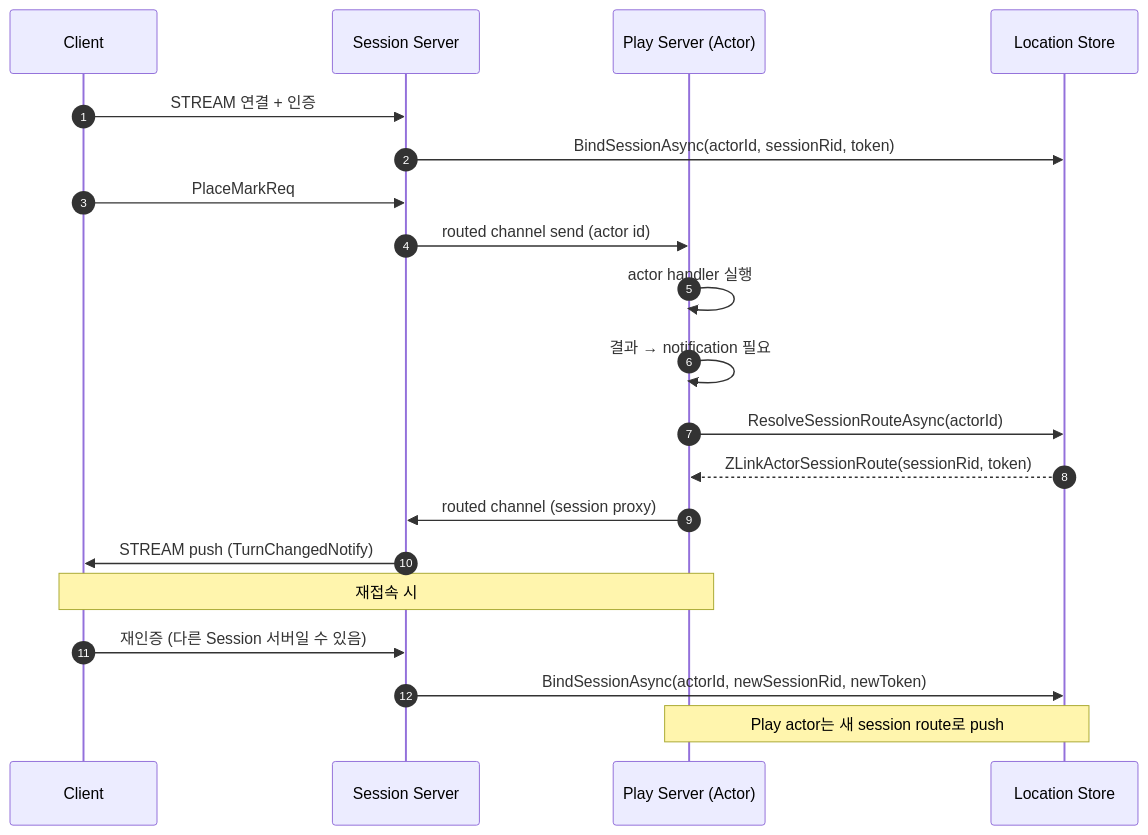
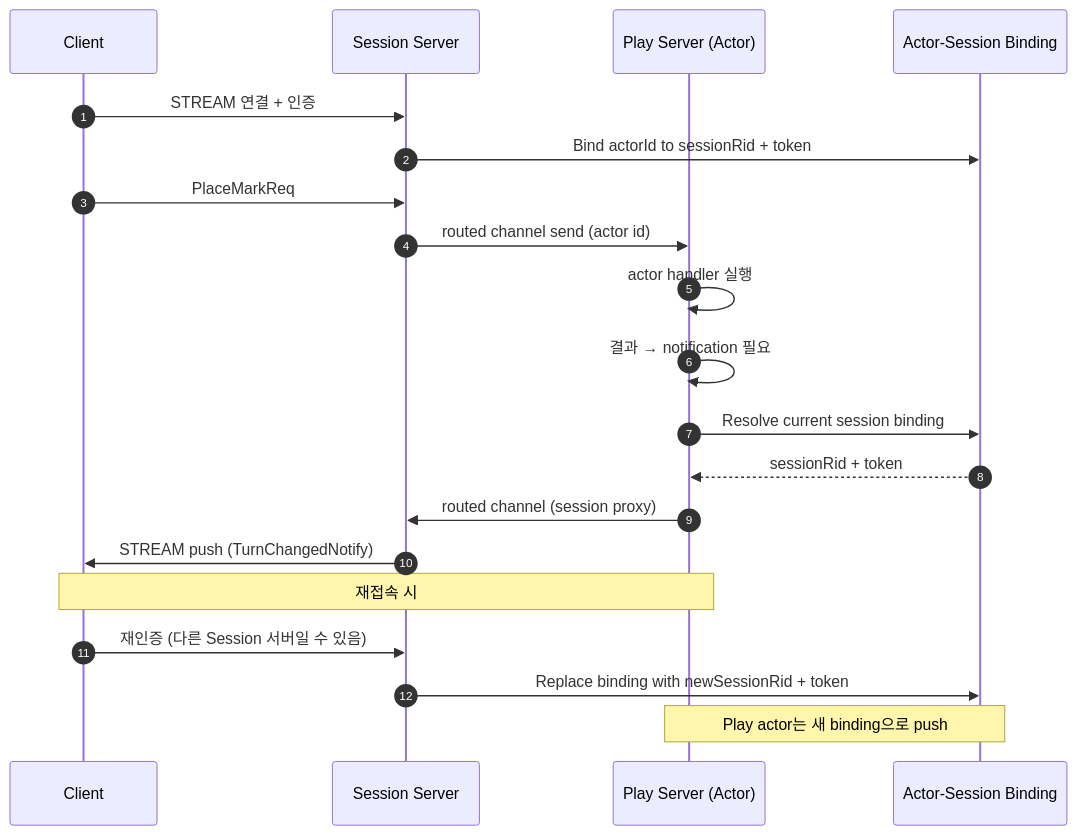
One commit to kairos-code-dev/zlink changed the third of 3 diagrams in framework/doc/spec/draft/framework-adapter/bindings/dotnet/aspnet-core-actor.ko.md. Above: the diagram before and after it, drawn with Mermaid. The commit also changed other lines of this file and 713 other files, not shown here.

````diff
--- a/framework/doc/spec/draft/framework-adapter/bindings/dotnet/aspnet-core-actor.ko.md
+++ b/framework/doc/spec/draft/framework-adapter/bindings/dotnet/aspnet-core-actor.ko.md
@@ -733,25 +748,25 @@
 ```mermaid
 sequenceDiagram
     autonumber
     participant C as Client
     participant S as Session Server
     participant P as Play Server (Actor)
-    participant Loc as Location Store
+    participant B as Actor-Session Binding
 
     C->>S: STREAM 연결 + 인증
-    S->>Loc: BindSessionAsync(actorId, sessionRid, token)
+    S->>B: Bind actorId to sessionRid + token
 
     C->>S: PlaceMarkReq
     S->>P: routed channel send (actor id)
     P->>P: actor handler 실행
     P->>P: 결과 → notification 필요
-    P->>Loc: ResolveSessionRouteAsync(actorId)
-    Loc-->>P: ZLinkActorSessionRoute(sessionRid, token)
+    P->>B: Resolve current session binding
+    B-->>P: sessionRid + token
     P->>S: routed channel (session proxy)
     S->>C: STREAM push (TurnChangedNotify)
 
     Note over C,P: 재접속 시
     C->>S: 재인증 (다른 Session 서버일 수 있음)
-    S->>Loc: BindSessionAsync(actorId, newSessionRid, newToken)
-    Note over P,Loc: Play actor는 새 session route로 push
+    S->>B: Replace binding with newSessionRid + token
+    Note over P,B: Play actor는 새 binding으로 push
 ```
````
